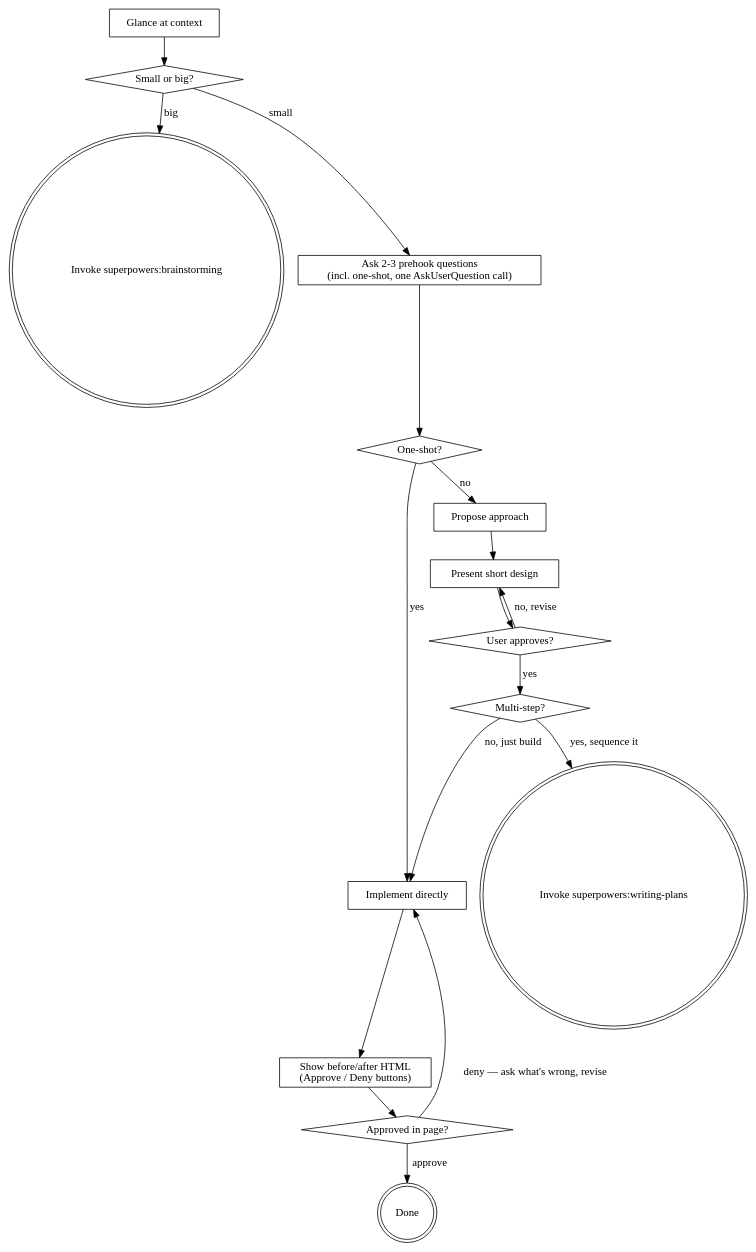
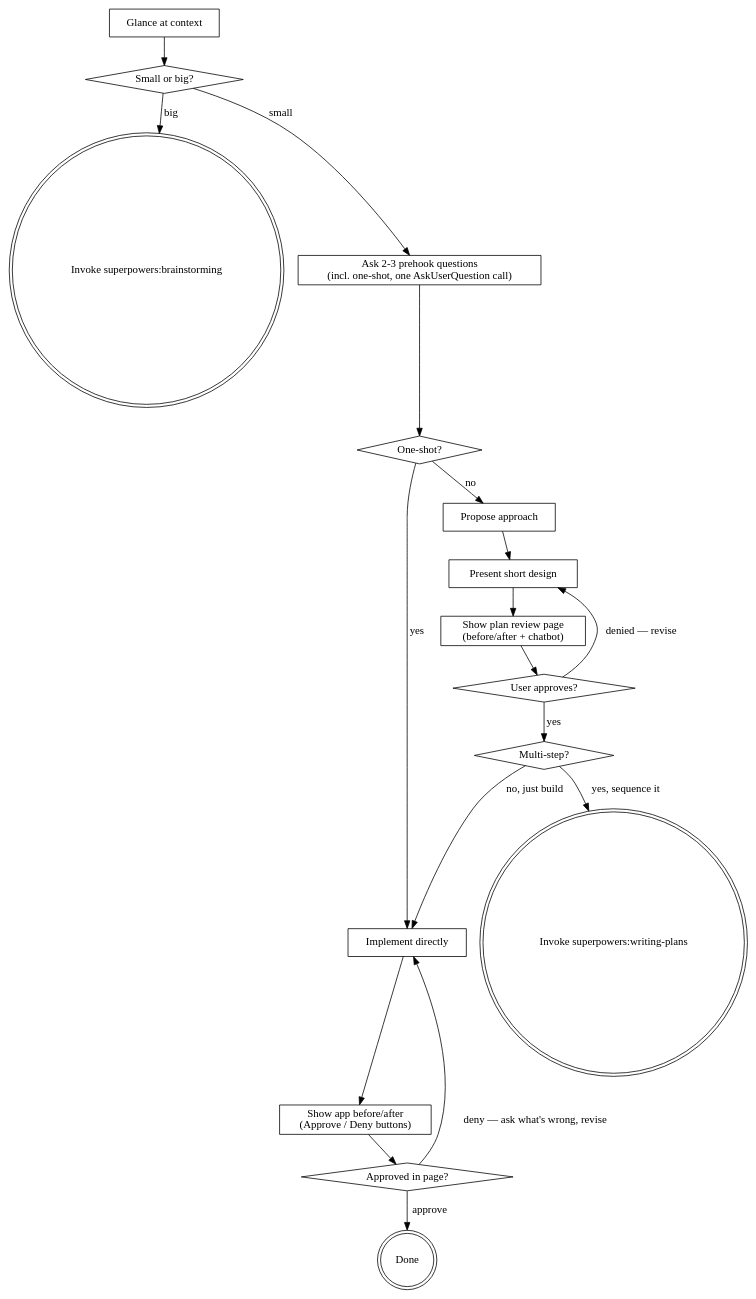
Before and after one commit to ashcastelinocs124/CasStack: the diagram in skills/mini-brainstorming/SKILL.md, drawn with Graphviz. The commit also changed other lines of this file and 4 other files, not shown here.

Commit message:
mini-brainstorming: sync skill (plan-review page, visual before/after, one-shot hard gate) and add README section

````diff
--- a/skills/mini-brainstorming/SKILL.md
+++ b/skills/mini-brainstorming/SKILL.md
@@ -73,35 +83,37 @@
 ```dot
 digraph mini_brainstorming {
     "Glance at context" [shape=box];
     "Small or big?" [shape=diamond];
     "Invoke superpowers:brainstorming" [shape=doublecircle];
     "Ask 2-3 prehook questions\n(incl. one-shot, one AskUserQuestion call)" [shape=box];
     "One-shot?" [shape=diamond];
     "Implement directly" [shape=box];
     "Propose approach" [shape=box];
     "Present short design" [shape=box];
+    "Show plan review page\n(before/after + chatbot)" [shape=box];
     "User approves?" [shape=diamond];
     "Multi-step?" [shape=diamond];
     "Invoke superpowers:writing-plans" [shape=doublecircle];
-    "Show before/after HTML\n(Approve / Deny buttons)" [shape=box];
+    "Show app before/after\n(Approve / Deny buttons)" [shape=box];
     "Approved in page?" [shape=diamond];
     "Done" [shape=doublecircle];
 
     "Glance at context" -> "Small or big?";
     "Small or big?" -> "Invoke superpowers:brainstorming" [label="big"];
     "Small or big?" -> "Ask 2-3 prehook questions\n(incl. one-shot, one AskUserQuestion call)" [label="small"];
     "Ask 2-3 prehook questions\n(incl. one-shot, one AskUserQuestion call)" -> "One-shot?";
     "One-shot?" -> "Implement directly" [label="yes"];
     "One-shot?" -> "Propose approach" [label="no"];
     "Propose approach" -> "Present short design";
-    "Present short design" -> "User approves?";
-    "User approves?" -> "Present short design" [label="no, revise"];
+    "Present short design" -> "Show plan review page\n(before/after + chatbot)";
+    "Show plan review page\n(before/after + chatbot)" -> "User approves?";
+    "User approves?" -> "Present short design" [label="denied — revise"];
     "User approves?" -> "Multi-step?" [label="yes"];
     "Multi-step?" -> "Invoke superpowers:writing-plans" [label="yes, sequence it"];
     "Multi-step?" -> "Implement directly" [label="no, just build"];
-    "Implement directly" -> "Show before/after HTML\n(Approve / Deny buttons)";
-    "Show before/after HTML\n(Approve / Deny buttons)" -> "Approved in page?";
+    "Implement directly" -> "Show app before/after\n(Approve / Deny buttons)";
+    "Show app before/after\n(Approve / Deny buttons)" -> "Approved in page?";
     "Approved in page?" -> "Done" [label="approve"];
     "Approved in page?" -> "Implement directly" [label="deny — ask what's wrong, revise"];
 }
 ```
````
